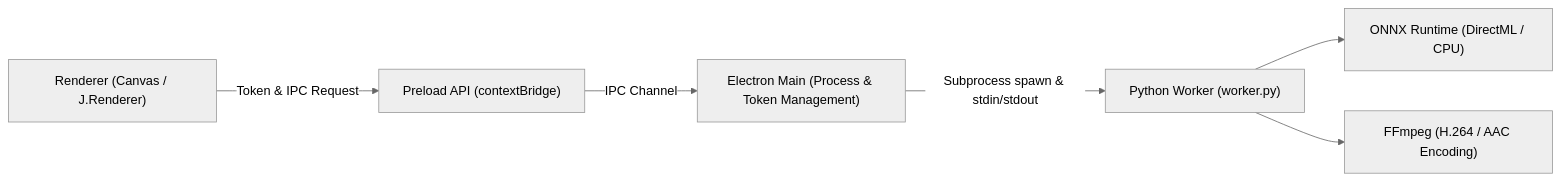
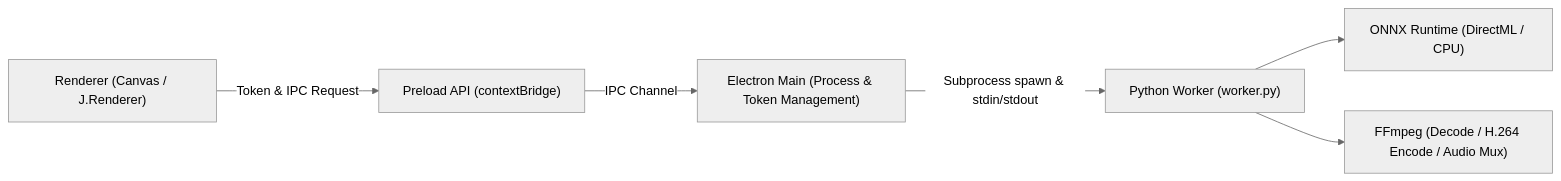
The diagram in docs/electron.md (mokusatsu/lyricfx.JIZURA), drawn with Mermaid (neutral theme) before and after one commit. The commit also changed other lines of this file and 178 other files, not shown here.

````diff
--- a/docs/electron.md
+++ b/docs/electron.md
@@ -7,15 +7,15 @@
 ```mermaid
 flowchart LR
     Renderer["Renderer (Canvas / J.Renderer)"]
     Preload["Preload API (contextBridge)"]
     Main["Electron Main (Process & Token Management)"]
     Python["Python Worker (worker.py)"]
     Matting["ONNX Runtime (DirectML / CPU)"]
-    FFmpeg["FFmpeg (H.264 / AAC Encoding)"]
+    FFmpeg["FFmpeg (Decode / H.264 Encode / Audio Mux)"]
 
     Renderer -->|Token & IPC Request| Preload
     Preload -->|IPC Channel| Main
     Main -->|Subprocess spawn & stdin/stdout| Python
     Python --> Matting
     Python --> FFmpeg
 ```
````
